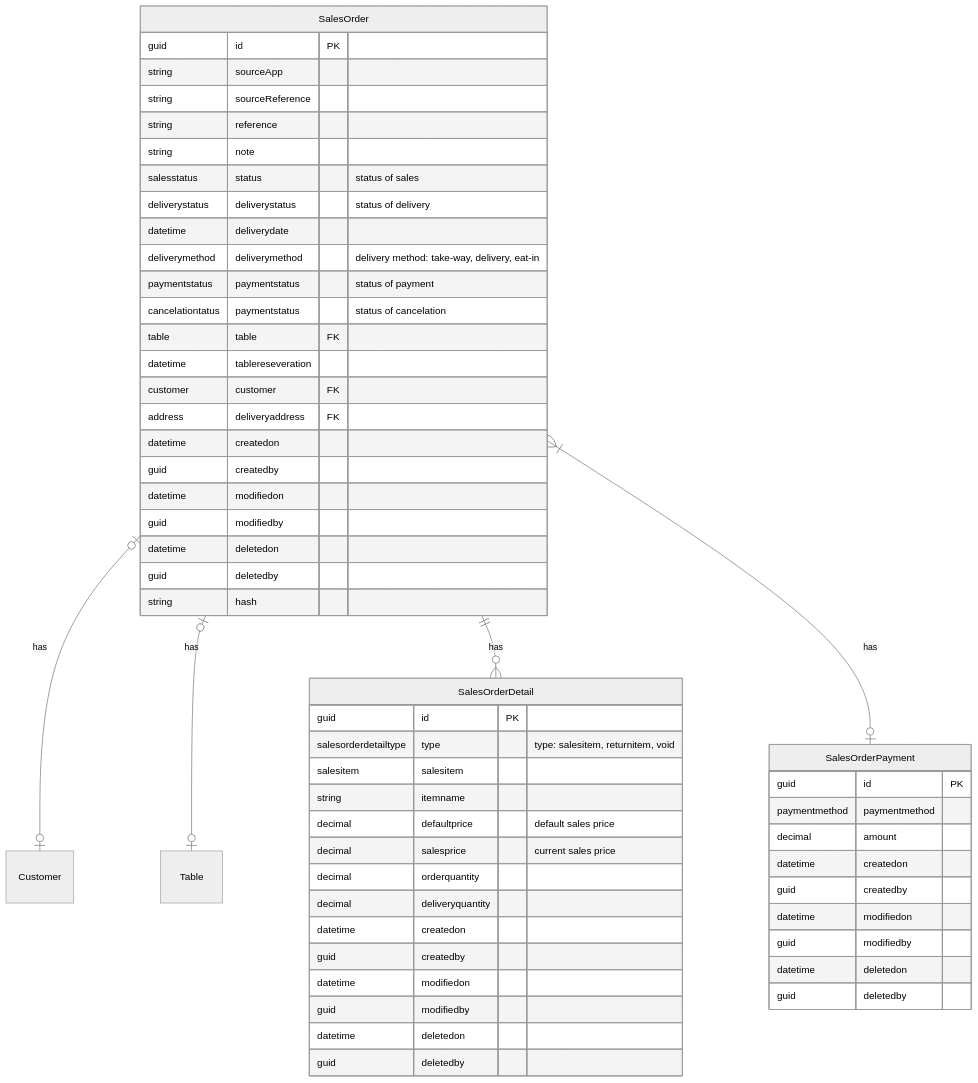
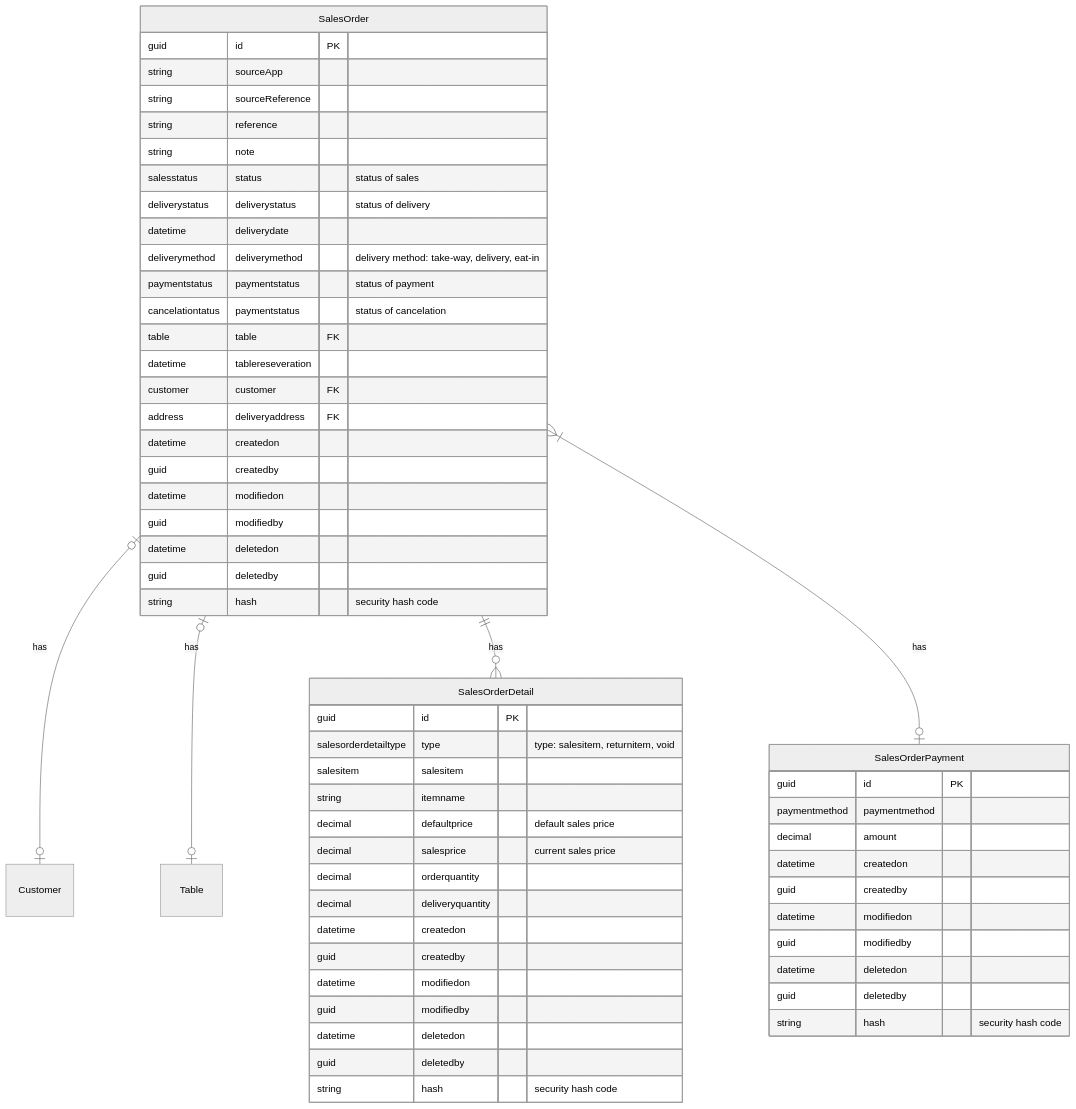
One commit to compadsoftware/CompadOne-Docs changed the diagram in en/development/POS/SalesOrder/erd.md. Above: the diagram before and after it, drawn with Mermaid (neutral theme).

````diff
--- a/en/development/POS/SalesOrder/erd.md
+++ b/en/development/POS/SalesOrder/erd.md
@@ -4,58 +4,60 @@
 ```mermaid
 erDiagram
     SalesOrder {
         guid id PK
         string sourceApp
         string sourceReference
         string reference
         string note
         salesstatus status "status of sales"
         deliverystatus deliverystatus "status of delivery"
         datetime deliverydate 
         deliverymethod deliverymethod "delivery method: take-way, delivery, eat-in"
         paymentstatus paymentstatus "status of payment"
         cancelationtatus paymentstatus "status of cancelation"
         table table FK
         datetime tablereseveration
         customer customer FK
         address deliveryaddress FK        
         datetime createdon
         guid createdby
         datetime modifiedon
         guid modifiedby
         datetime deletedon
         guid deletedby
-        string hash
+        string hash "security hash code"
     }
     SalesOrder |o--o| Customer : has
     SalesOrder |o--o| Table : has
     SalesOrder ||--o{ SalesOrderDetail : has
     SalesOrderDetail {
         guid id PK
         salesorderdetailtype type "type: salesitem, returnitem, void"
         salesitem salesitem
         string itemname
         decimal defaultprice "default sales price"
         decimal salesprice "current sales price"
         decimal orderquantity
         decimal deliveryquantity
         datetime createdon
         guid createdby
         datetime modifiedon
         guid modifiedby
         datetime deletedon
         guid deletedby
+        string hash "security hash code"
     }
     SalesOrder }|--o| SalesOrderPayment : has
     SalesOrderPayment {
         guid id PK 
         paymentmethod paymentmethod
         decimal amount
         datetime createdon
         guid createdby
         datetime modifiedon
         guid modifiedby
         datetime deletedon
         guid deletedby
+        string hash "security hash code"
     }
 ```
````
